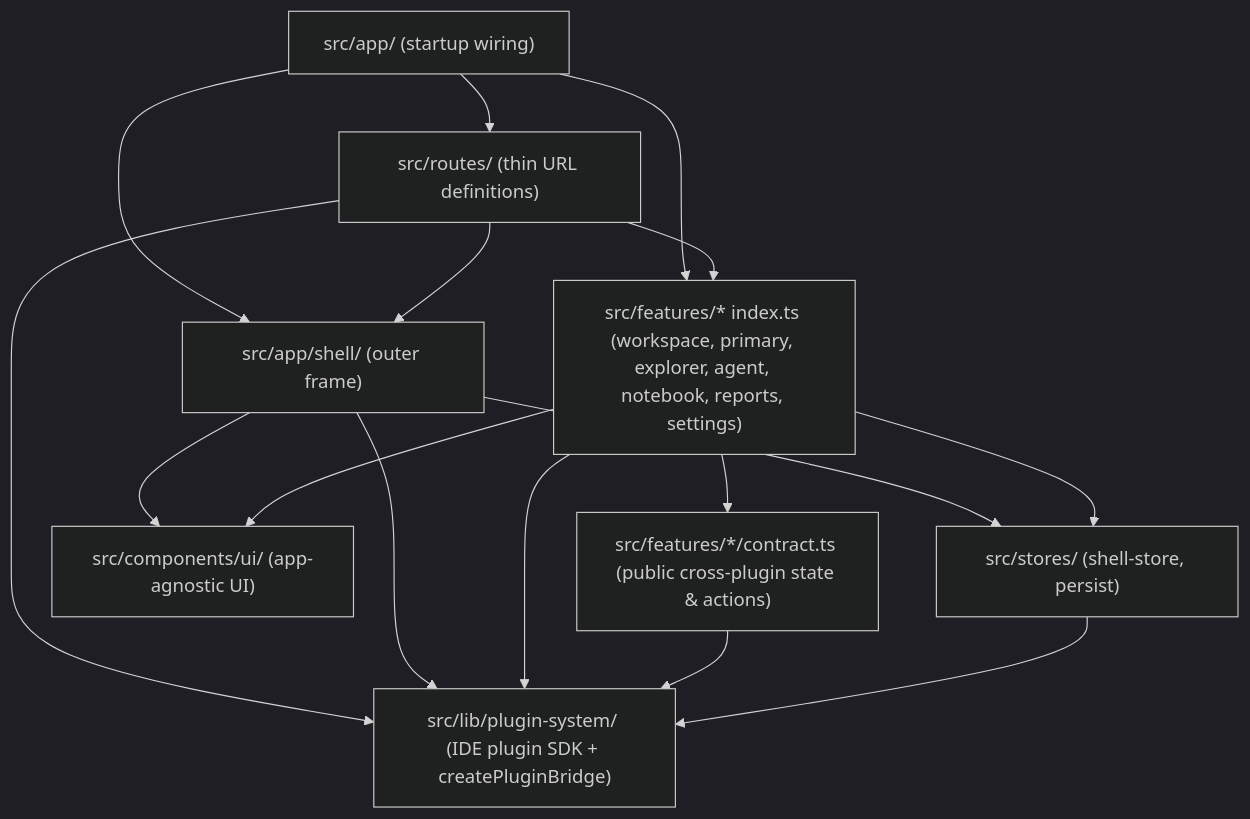
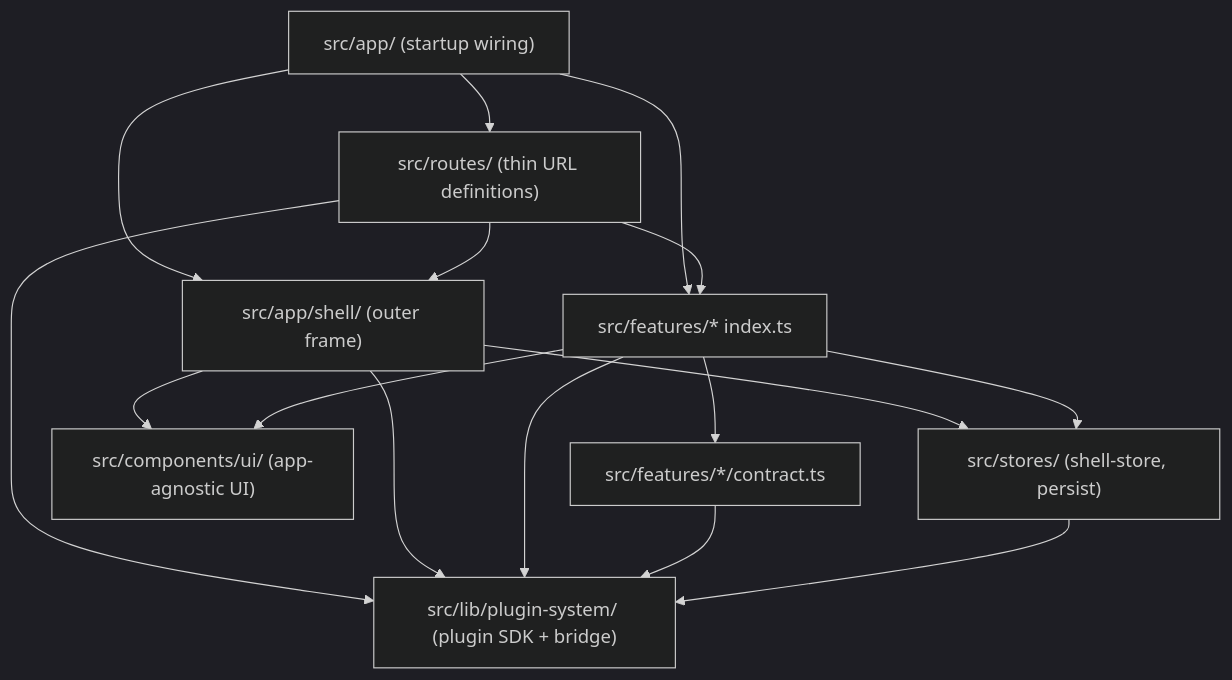
One commit to ppongtong/ide-shell changed the second of 4 diagrams in docs/DESIGN.md. Above: the diagram before and after it, drawn with Mermaid (dark theme). The commit also changed other lines of this file and 28 other files, not shown here.

Commit message:
Defer hidden Activity chunks, simplify explorer revealItem contract, and add bridge usePublish

````diff
--- a/docs/DESIGN.md
+++ b/docs/DESIGN.md
@@ -93,22 +82,22 @@
 ```mermaid
 flowchart TD
     App["src/app/ (startup wiring)"] --> Shell["src/app/shell/ (outer frame)"]
     App --> Routes["src/routes/ (thin URL definitions)"]
-    App --> Features["src/features/* index.ts (workspace, primary, explorer, agent, notebook, reports, settings)"]
+    App --> Features["src/features/* index.ts"]
 
     Routes --> Shell
     Routes --> Features
-    Routes --> Lib["src/lib/plugin-system/ (IDE plugin SDK + createPluginBridge)"]
+    Routes --> Lib["src/lib/plugin-system/ (plugin SDK + bridge)"]
 
     Shell --> Stores["src/stores/ (shell-store, persist)"]
     Shell --> Lib
     Shell --> UI["src/components/ui/ (app-agnostic UI)"]
 
-    Features --> Contracts["src/features/*/contract.ts (public cross-plugin state & actions)"]
+    Features --> Contracts["src/features/*/contract.ts"]
     Features --> Stores
     Features --> Lib
     Features --> UI
 
     Contracts --> Lib
     Stores --> Lib
 ```
````
